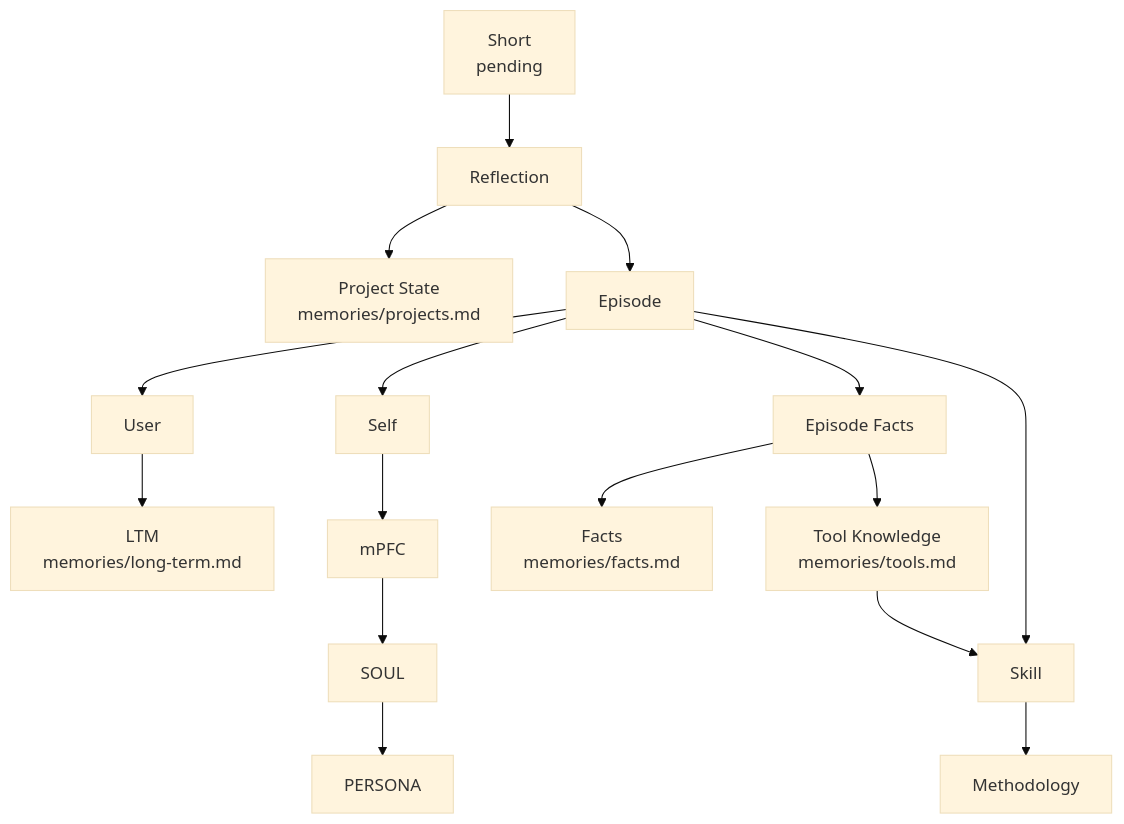
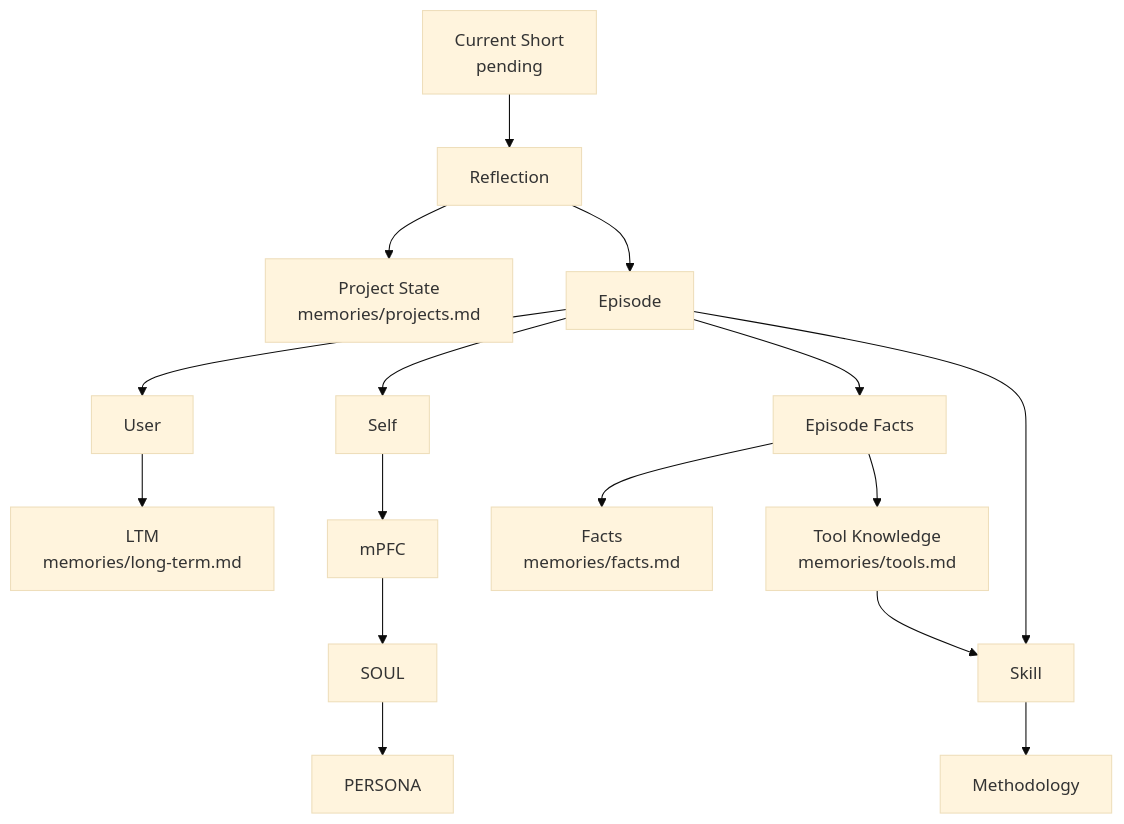
The third of 4 diagrams in docs/data-flow.md (Ri0n72Y/agent-identity-cycle), drawn with Mermaid (base theme) before and after one commit. The commit also changed other lines of this file and 5 other files, not shown here.

````diff
--- a/docs/data-flow.md
+++ b/docs/data-flow.md
@@ -73,34 +80,34 @@
 ```mermaid
 flowchart TB
-    S[Short\npending]
+    S[Current Short\npending]
     R[Reflection]
     PS[Project State\nmemories/projects.md]
     E[Episode]
     U[User]
     SE[Self]
     F[Episode Facts]
     L[LTM\nmemories/long-term.md]
     FK[Facts\nmemories/facts.md]
     TK[Tool Knowledge\nmemories/tools.md]
     M[mPFC]
     SO[SOUL]
     PE[PERSONA]
     SK[Skill]
     ME[Methodology]
 
     S --> R
     R --> PS
     R --> E
     E --> U
     E --> SE
     E --> F
     U --> L
     F --> FK
     F --> TK
     SE --> M
     M --> SO
     SO --> PE
     TK --> SK
     E --> SK
     SK --> ME
 ```
````
